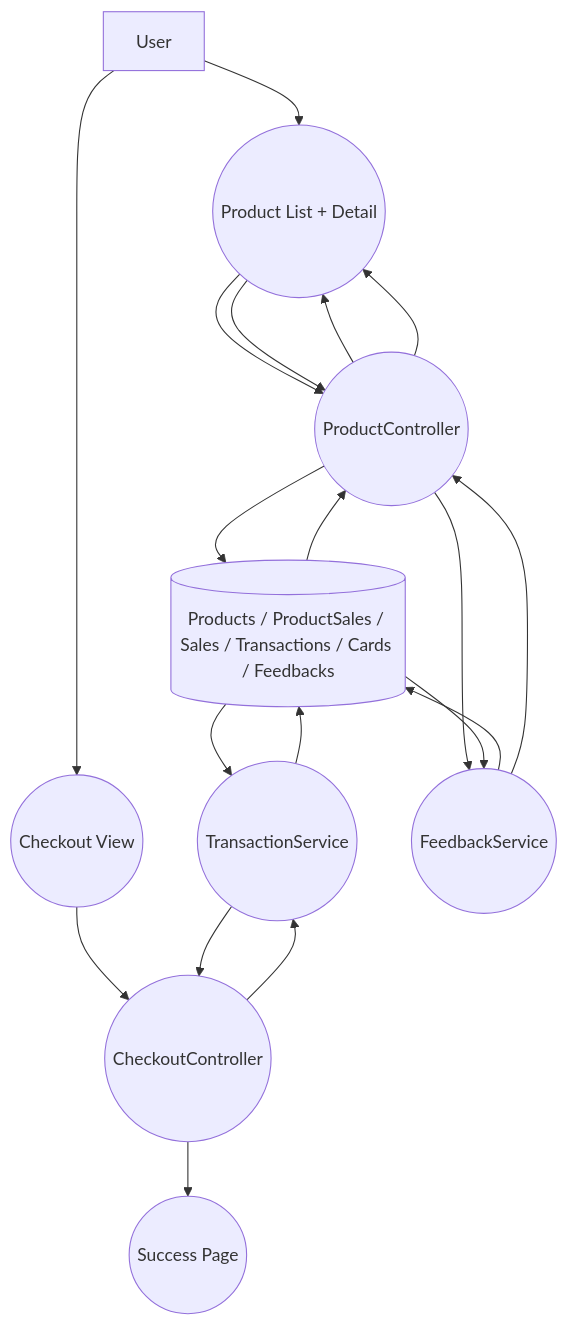
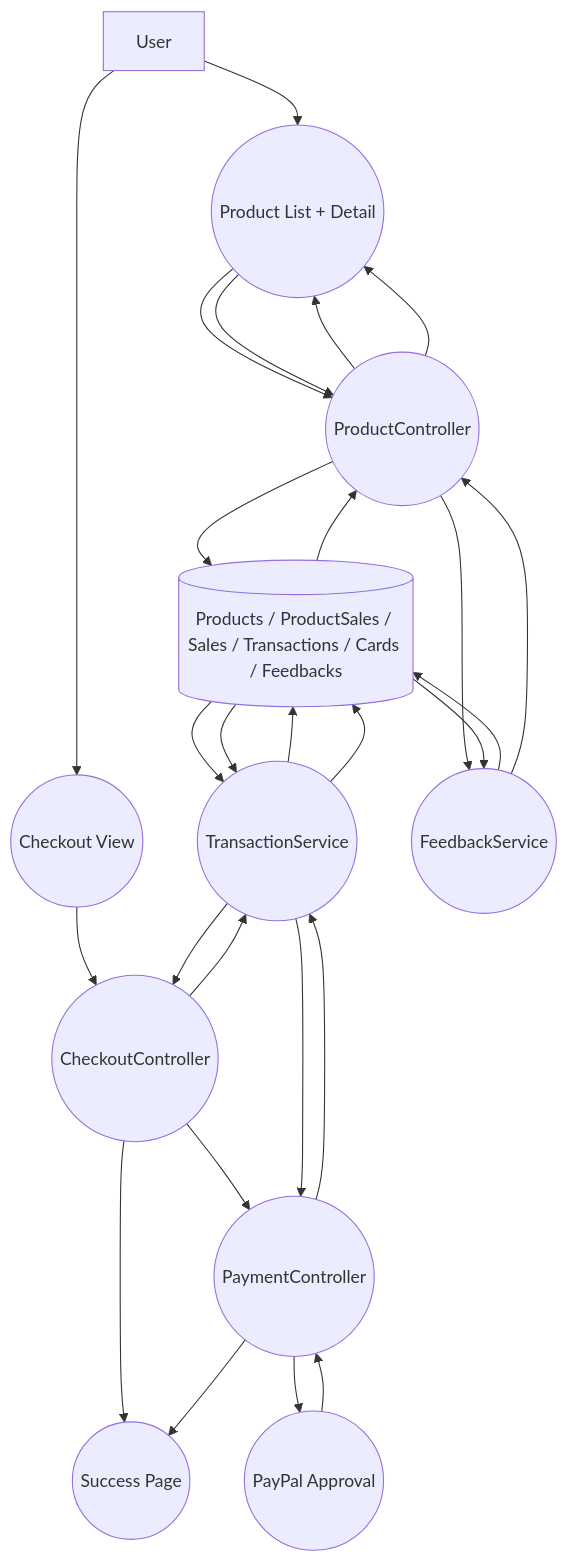
Before and after one commit to phuchoang0167/Online_Mobile_Recharge: the diagram in doc/data-flow/DATA_FLOW_PRODUCT_PURCHASE.mmd, drawn with Mermaid. The commit also changed 86 other files, not shown here.

First line of the commit message:
Add PayPal Sandbox for guest & postpaid; admin/audit UX

```diff
--- a/doc/data-flow/DATA_FLOW_PRODUCT_PURCHASE.mmd
+++ b/doc/data-flow/DATA_FLOW_PRODUCT_PURCHASE.mmd
@@ -1,24 +1,32 @@
 flowchart TD
     %% See doc/data-flow/FLOWCHART_SYMBOLS.md for symbol meanings
 
     U[User]
     PV((Product List + Detail))
     CV((Checkout View))
     SV((Success Page))
+    PP((PayPal Approval))
 
     PC((ProductController))
     CC((CheckoutController))
+    PAY((PaymentController))
     TS((TransactionService))
     FS((FeedbackService))
 
     DB[(Products / ProductSales / Sales / Transactions / Cards / Feedbacks)]
 
     U --> PV --> PC --> DB
     DB --> PC --> PV
 
     U --> CV --> CC --> TS --> DB
+
+    %% Card flow: complete immediately
     DB --> TS --> CC --> SV
+
+    %% PayPal flow: pending -> redirect -> return -> complete
+    CC --> PAY --> PP --> PAY --> TS --> DB
+    DB --> TS --> PAY --> SV
 
     %% Feedback is available after successful purchase
     PV --> PC --> FS --> DB
     DB --> FS --> PC --> PV
```
